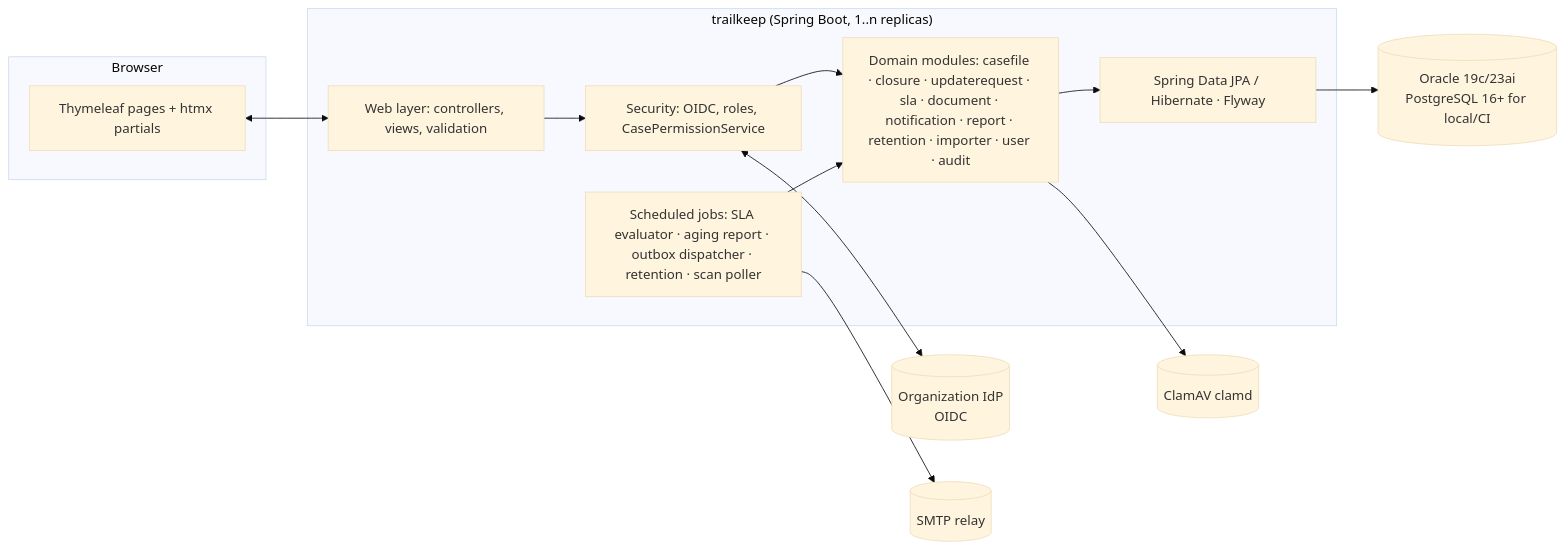
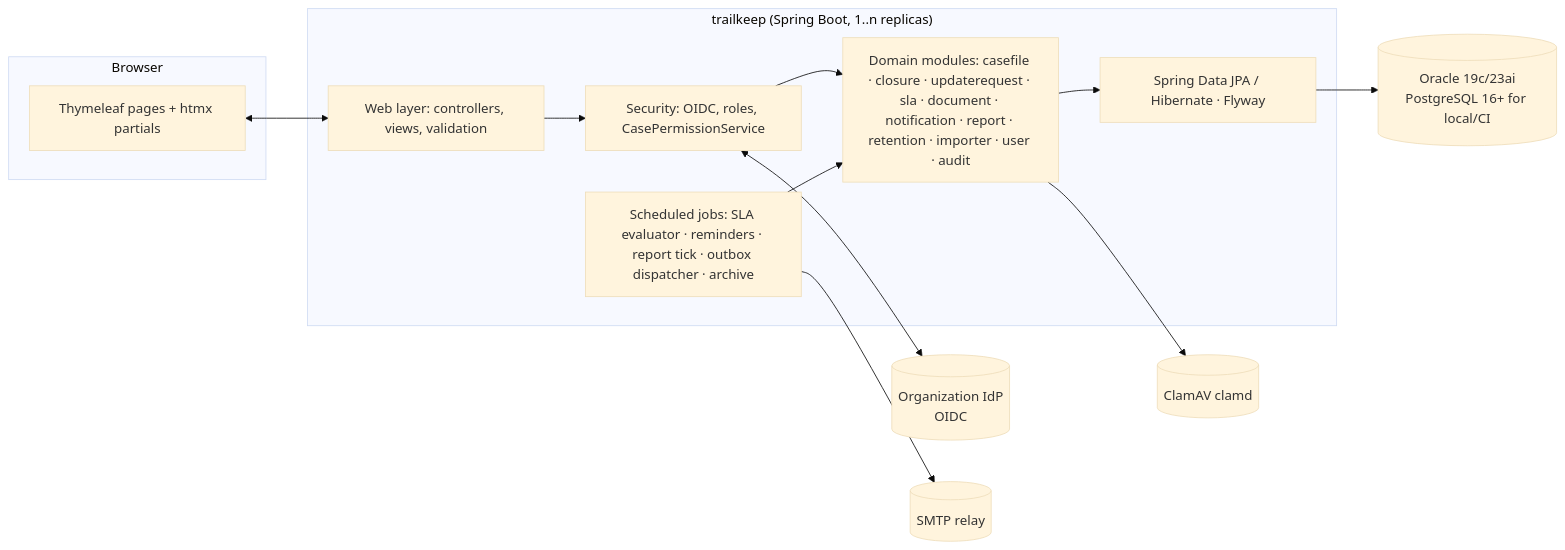
The third of 3 diagrams in BUILD_PLAN.md (techautomator414/trailkeep), drawn with Mermaid (base theme) before and after one commit. The commit also changed other lines of this file and 2 other files, not shown here.

````diff
--- a/BUILD_PLAN.md
+++ b/BUILD_PLAN.md
@@ -352,23 +352,23 @@
 ```mermaid
 flowchart LR
   subgraph Browser
     UI[Thymeleaf pages + htmx partials]
   end
   subgraph App["trailkeep (Spring Boot, 1..n replicas)"]
     Web[Web layer: controllers, views, validation]
     Sec[Security: OIDC, roles, CasePermissionService]
     Dom[Domain modules: casefile · closure · updaterequest · sla · document · notification · report · retention · importer · user · audit]
-    Jobs[Scheduled jobs: SLA evaluator · aging report · outbox dispatcher · retention · scan poller]
+    Jobs[Scheduled jobs: SLA evaluator · reminders · report tick · outbox dispatcher · archive]
     JPA[Spring Data JPA / Hibernate · Flyway]
   end
   IdP[(Organization IdP\nOIDC)]
   DB[(Oracle 19c/23ai\nPostgreSQL 16+ for local/CI)]
   SMTP[(SMTP relay)]
   AV[(ClamAV clamd)]
   UI <--> Web
   Web --> Sec --> Dom --> JPA --> DB
   Jobs --> Dom
   Sec <--> IdP
   Jobs --> SMTP
   Dom --> AV
 ```
````
